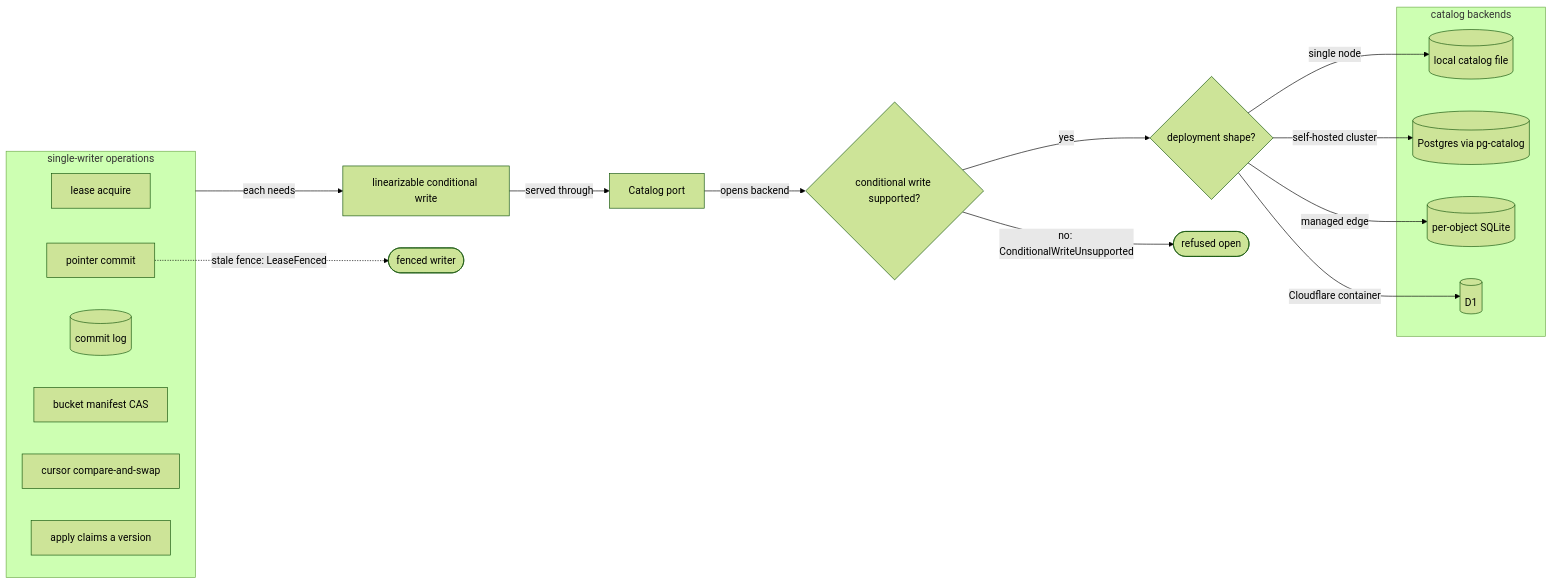
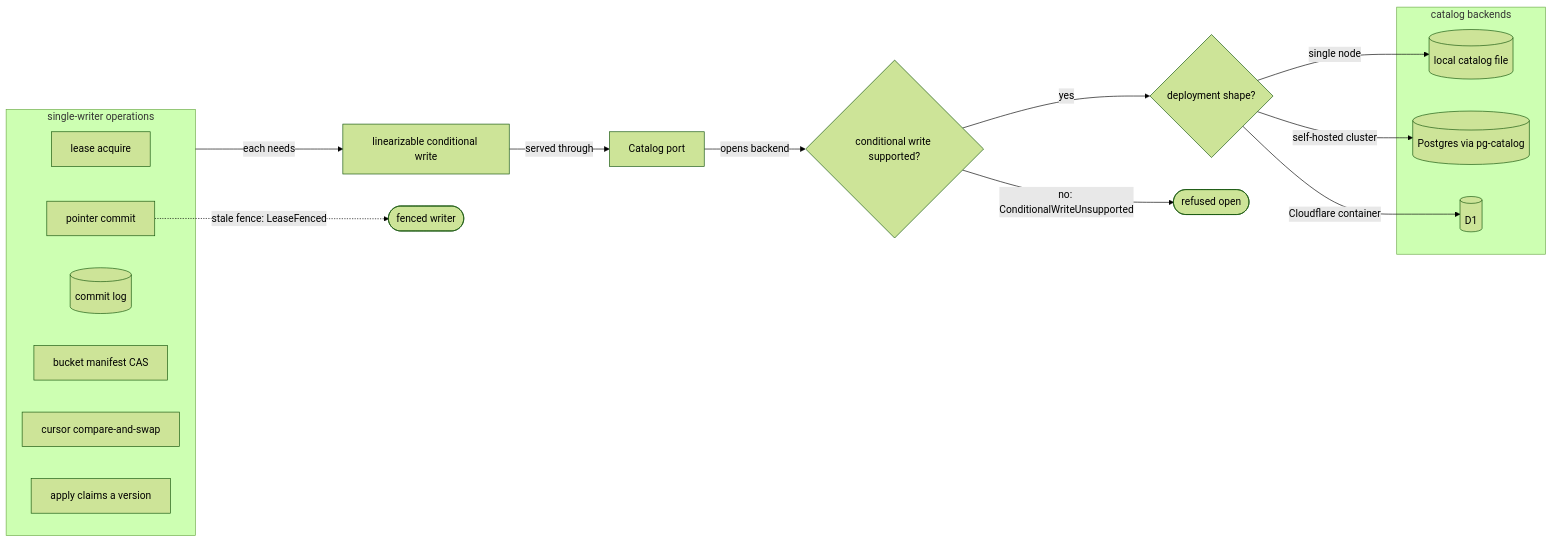
One commit to fractalboxdev/contextful changed the third of 3 diagrams in spec/01-topology.md. Above: the diagram before and after it, drawn with Mermaid (forest theme). The commit also changed other lines of this file and 18 other files, not shown here.

````diff
--- a/spec/01-topology.md
+++ b/spec/01-topology.md
@@ -368,34 +366,32 @@
 ```mermaid
 flowchart LR
   subgraph OPS["single-writer operations"]
     LA["lease acquire"]
     PTR["pointer commit"]
     CL[("commit log")]
     MAN["bucket manifest CAS"]
     CUR["cursor compare-and-swap"]
     APPLY["apply claims a version"]
   end
   PRIM["linearizable conditional write"]
   PORT["Catalog port"]
   CW{"conditional write supported?"}
   SHAPE{"deployment shape?"}
   subgraph BACKENDS["catalog backends"]
     LOCAL[("local catalog file")]
     PG[("Postgres via pg-catalog")]
-    SQLITE[("per-object SQLite")]
     D1[("D1")]
   end
   NOOPEN(["refused open"])
   FENCED(["fenced writer"])
 
   OPS -- "each needs" --> PRIM
   PRIM -- "served through" --> PORT
   PORT -- "opens backend" --> CW
   CW -- "no: ConditionalWriteUnsupported" --> NOOPEN
   CW -- "yes" --> SHAPE
   SHAPE -- "single node" --> LOCAL
   SHAPE -- "self-hosted cluster" --> PG
-  SHAPE -- "managed edge" --> SQLITE
   SHAPE -- "Cloudflare container" --> D1
   PTR -. "stale fence: LeaseFenced" .-> FENCED
 ```
````
